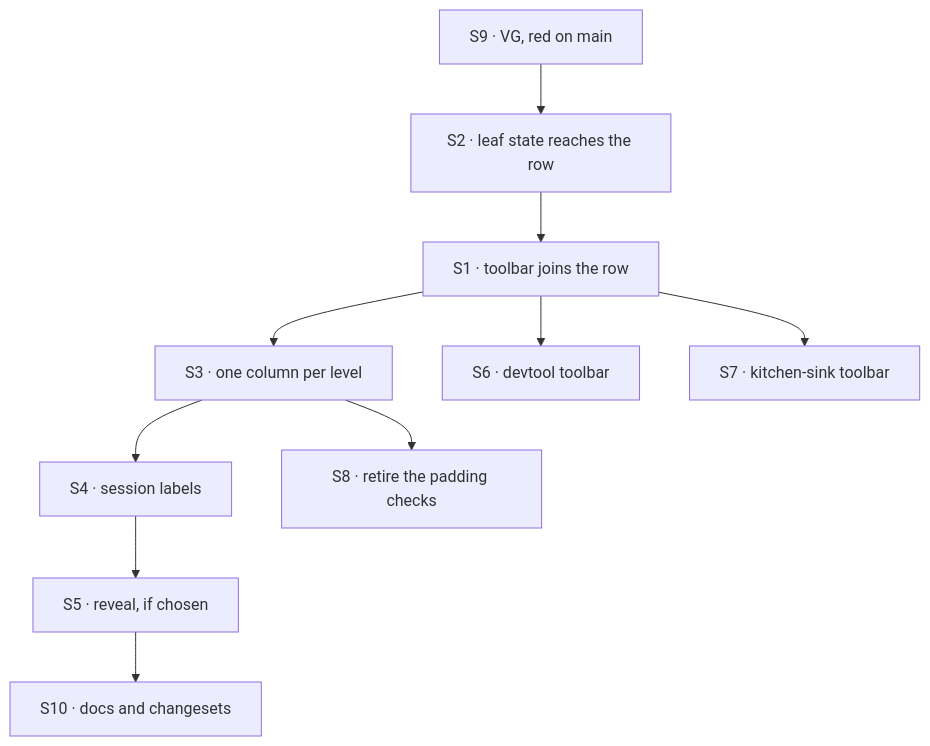
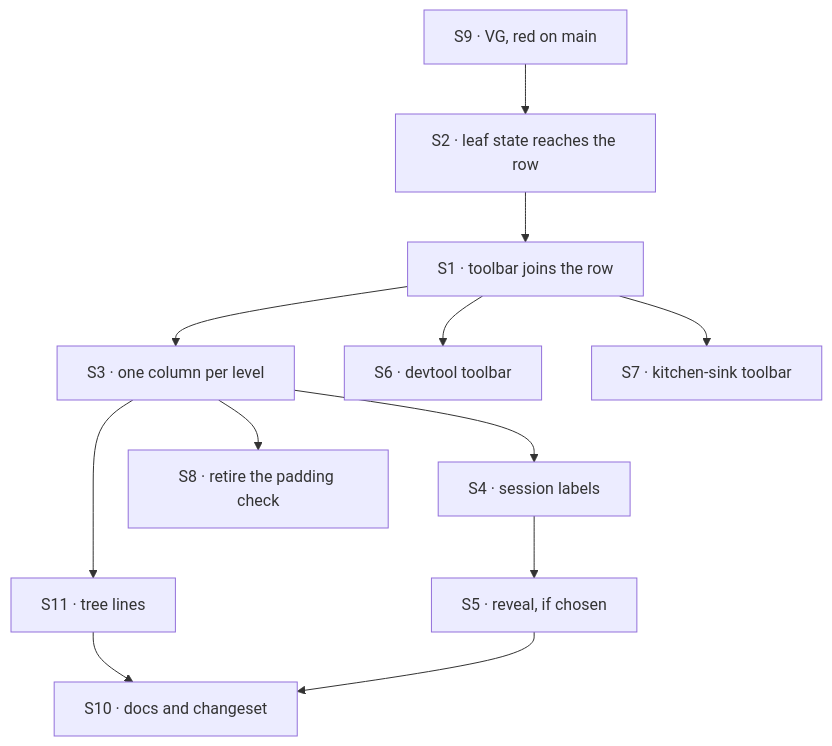
The diagram in specs/issues/FIX-1561/PLAN.md (fixpoint-labs/flow-state-dev), drawn with Mermaid before and after one commit. The commit also changed other lines of this file and 16 other files, not shown here.

First line of the commit message:
spec(FIX-1561): one icon size, dashed tree lines, and review round 1

````diff
--- a/specs/issues/FIX-1561/PLAN.md
+++ b/specs/issues/FIX-1561/PLAN.md
@@ -26,12 +27,14 @@
 ```mermaid
 flowchart TD
   S9["S9 · VG, red on main"] --> S2["S2 · leaf state reaches the row"]
   S2 --> S1["S1 · toolbar joins the row"]
   S1 --> S3["S3 · one column per level"]
   S3 --> S4["S4 · session labels"]
   S4 --> S5["S5 · reveal, if chosen"]
   S1 --> S6["S6 · devtool toolbar"]
   S1 --> S7["S7 · kitchen-sink toolbar"]
-  S3 --> S8["S8 · retire the padding checks"]
-  S5 --> S10["S10 · docs and changesets"]
+  S3 --> S11["S11 · tree lines"]
+  S3 --> S8["S8 · retire the padding check"]
+  S11 --> S10["S10 · docs and changeset"]
+  S5 --> S10
 ```
````
